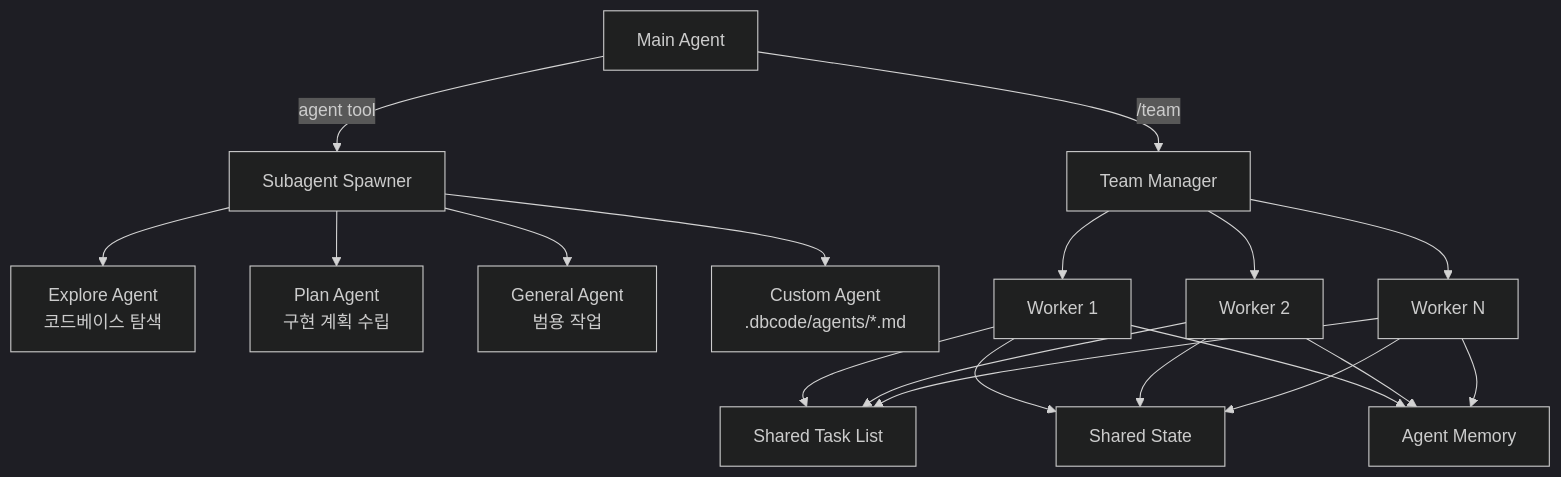
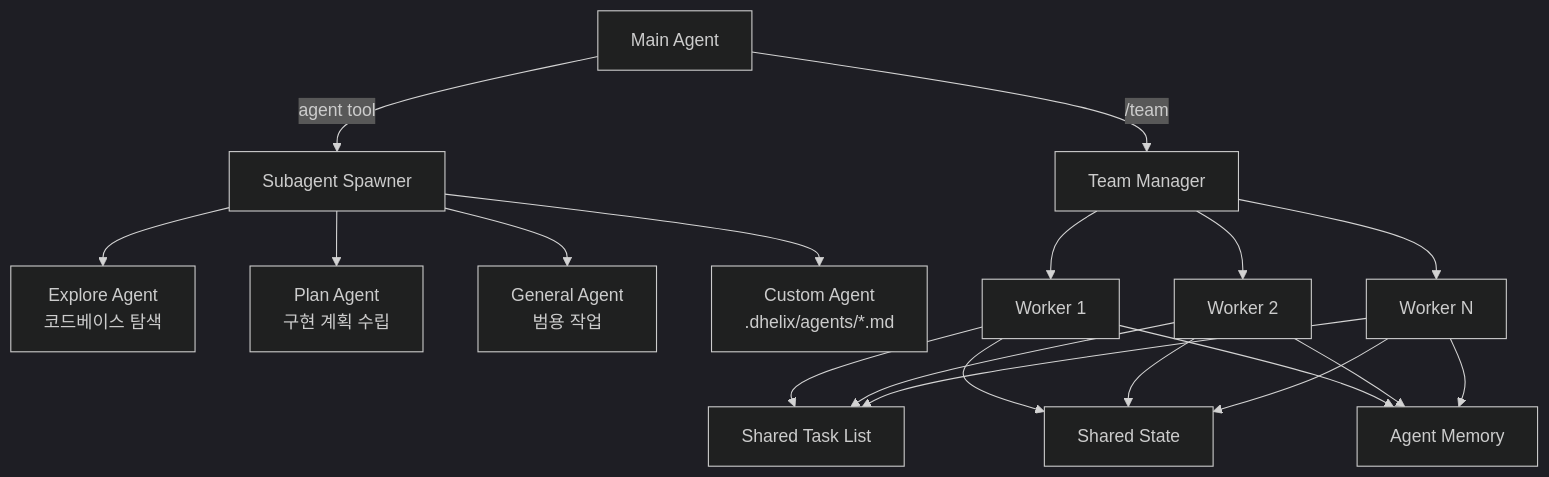
One commit to bigbulgogiburger/DHelix-Code changed the diagram in .claude/docs/reference/subagents-and-teams.md. Above: the diagram before and after it, drawn with Mermaid (dark theme). The commit also changed other lines of this file and 383 other files, not shown here.

First line of the commit message:
refactor: dbcode → Dhelix Code 전체 리네이밍 + v0.2.0 + Double Helix 로고 + 브랜드 컬러

````diff
--- a/.claude/docs/reference/subagents-and-teams.md
+++ b/.claude/docs/reference/subagents-and-teams.md
@@ -11,17 +11,17 @@
 ```mermaid
 graph TD
     MAIN[Main Agent] -->|agent tool| SPAWNER[Subagent Spawner]
     SPAWNER --> EXPLORE[Explore Agent<br/>코드베이스 탐색]
     SPAWNER --> PLAN[Plan Agent<br/>구현 계획 수립]
     SPAWNER --> GENERAL[General Agent<br/>범용 작업]
-    SPAWNER --> CUSTOM[Custom Agent<br/>.dbcode/agents/*.md]
+    SPAWNER --> CUSTOM[Custom Agent<br/>.dhelix/agents/*.md]
 
     MAIN -->|/team| TEAM[Team Manager]
     TEAM --> W1[Worker 1]
     TEAM --> W2[Worker 2]
     TEAM --> WN[Worker N]
 
     W1 & W2 & WN --> TASKS[Shared Task List]
     W1 & W2 & WN --> STATE[Shared State]
     W1 & W2 & WN --> MEMORY[Agent Memory]
 ```
````
